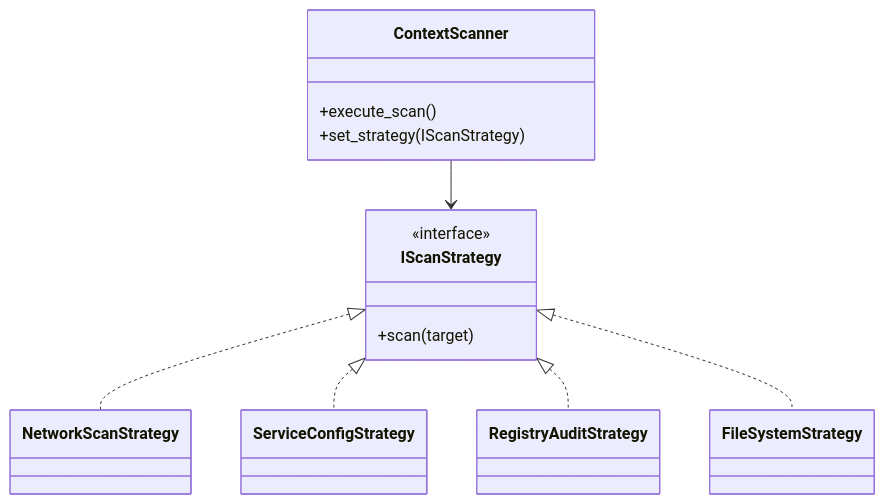
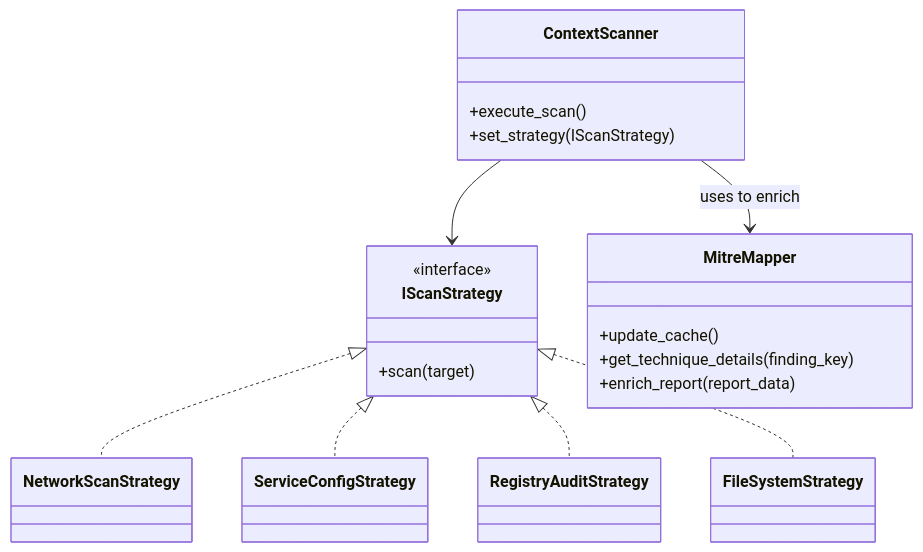
Before and after one commit to George230297/WinSecDefender: the diagram in README.md, drawn with Mermaid. The commit also changed other lines of this file and 484 other files, not shown here.

````diff
--- a/README.md
+++ b/README.md
@@ -69,21 +86,27 @@
 ```mermaid
 classDiagram
     class ContextScanner {
         +execute_scan()
         +set_strategy(IScanStrategy)
     }
     class IScanStrategy {
         <<interface>>
         +scan(target)
     }
     class NetworkScanStrategy
     class ServiceConfigStrategy
     class RegistryAuditStrategy
     class FileSystemStrategy
+    class MitreMapper {
+        +update_cache()
+        +get_technique_details(finding_key)
+        +enrich_report(report_data)
+    }
 
     ContextScanner --> IScanStrategy
+    ContextScanner --> MitreMapper : uses to enrich
     IScanStrategy <|.. NetworkScanStrategy
     IScanStrategy <|.. ServiceConfigStrategy
     IScanStrategy <|.. RegistryAuditStrategy
     IScanStrategy <|.. FileSystemStrategy
 ```
````
